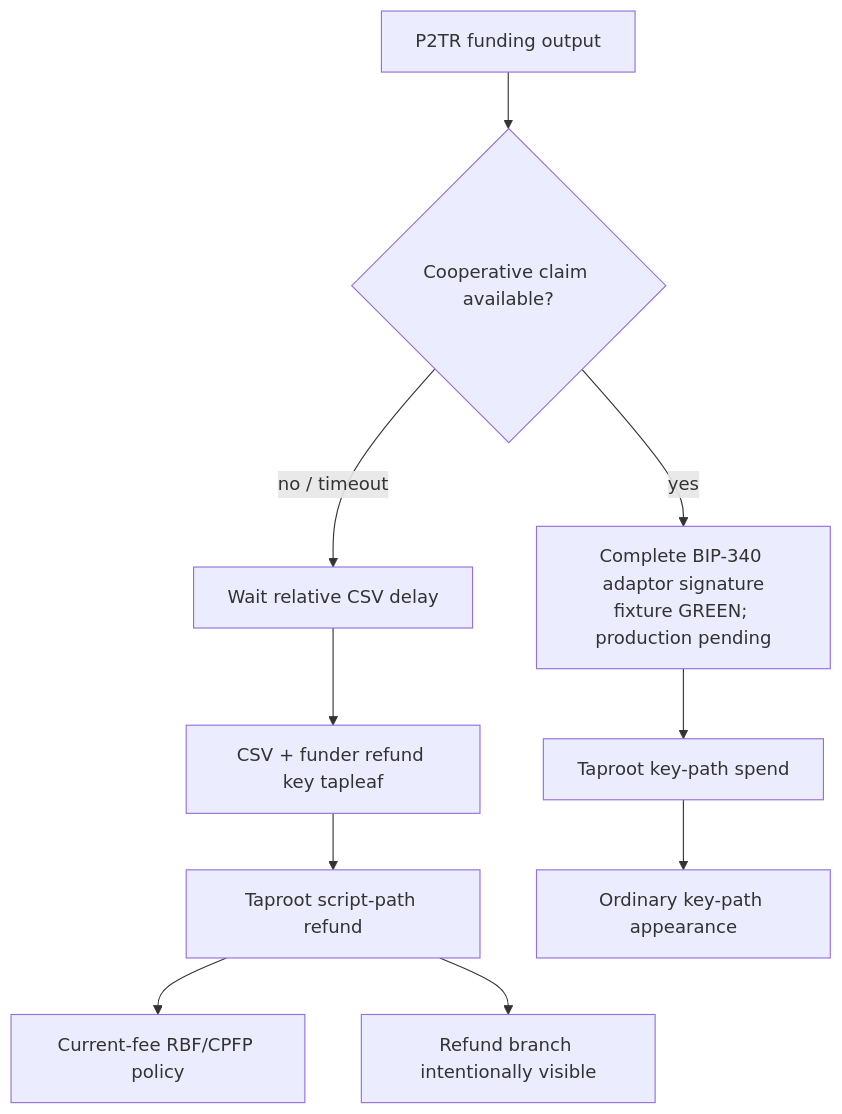
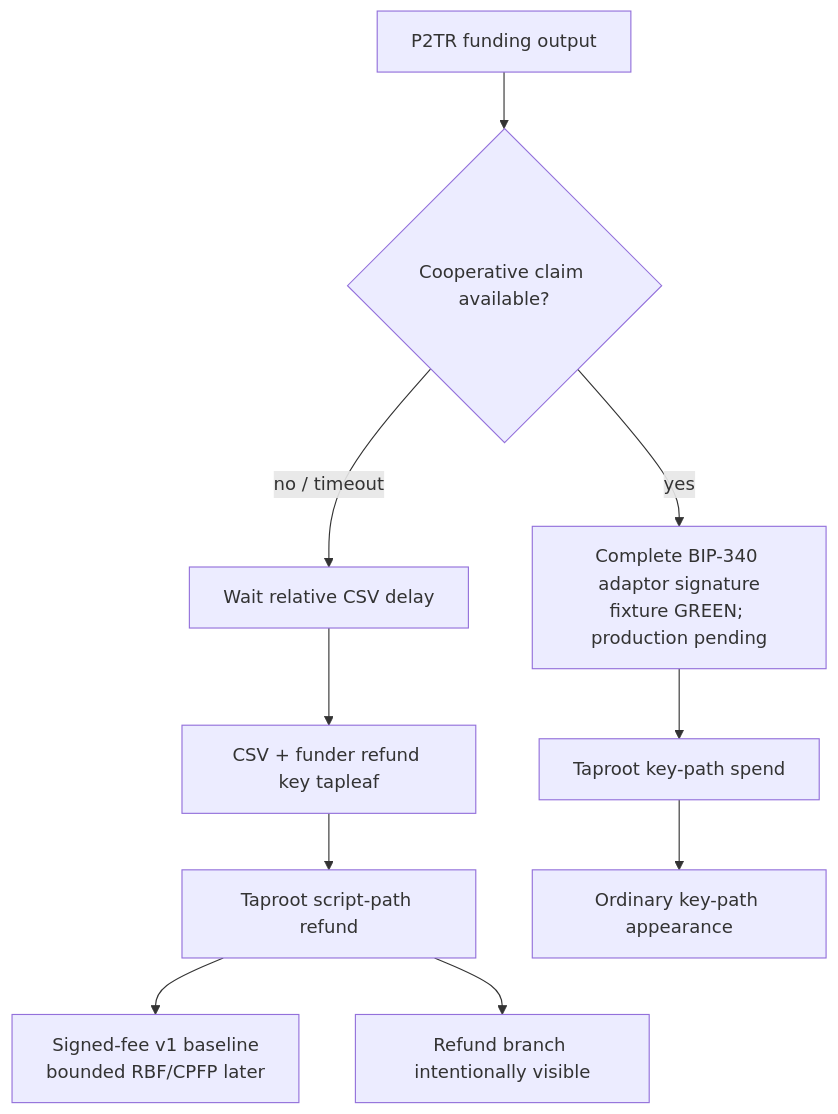
The diagram in docs/architecture/0009-bitcoin-refund-path.md (gateway-fm/lez-atomic-swaps), drawn with Mermaid before and after one commit. The commit also changed other lines of this file and 7 other files, not shown here.

````diff
--- a/docs/architecture/0009-bitcoin-refund-path.md
+++ b/docs/architecture/0009-bitcoin-refund-path.md
@@ -5,12 +5,12 @@
 ```mermaid
 flowchart TB
     Funding["P2TR funding output"] --> KeyPath{"Cooperative claim available?"}
     KeyPath -->|"yes"| Adaptor["Complete BIP-340 adaptor signature<br/>fixture GREEN; production pending"]
     Adaptor --> Claim["Taproot key-path spend"]
     KeyPath -->|"no / timeout"| Delay["Wait relative CSV delay"]
     Delay --> Tapleaf["CSV + funder refund key tapleaf"]
     Tapleaf --> Refund["Taproot script-path refund"]
-    Refund --> Fee["Current-fee RBF/CPFP policy"]
+    Refund --> Fee["Signed-fee v1 baseline<br/>bounded RBF/CPFP later"]
     Claim --> Privacy["Ordinary key-path appearance"]
     Refund --> Visible["Refund branch intentionally visible"]
 ```
````
